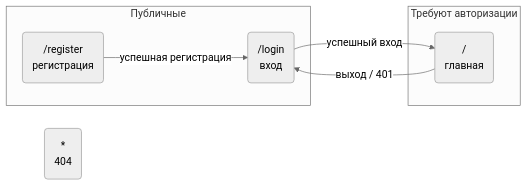
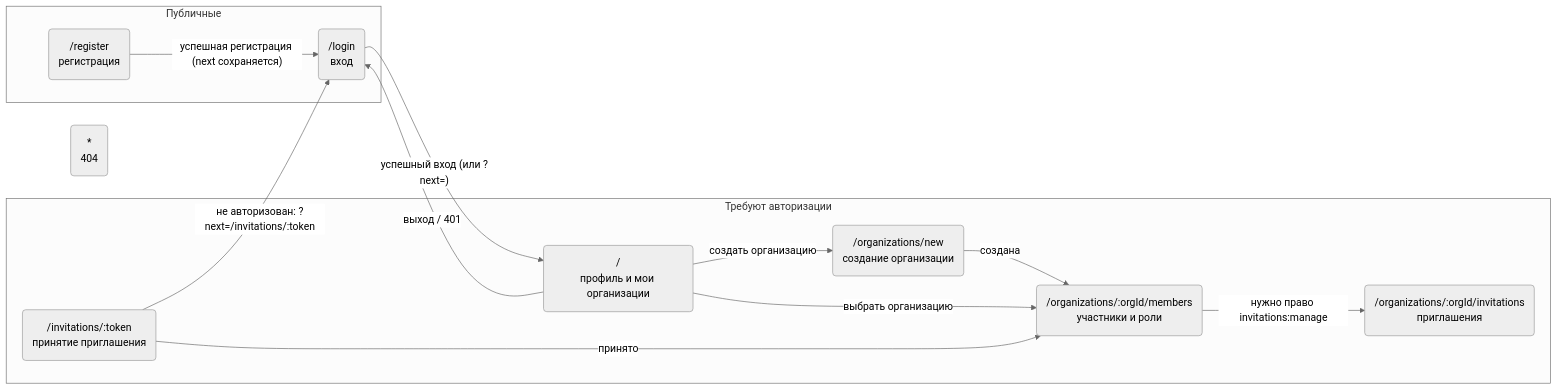
Before and after one commit to Daniil-Solo/Saas-Template: the diagram in frontend/docs/architecture/routes.md, drawn with Mermaid (neutral theme). The commit also changed other lines of this file and 133 other files, not shown here.

Commit message:
Add organizations: roles, permissions, members, invitations (backend + frontend) (#2)

````diff
--- a/frontend/docs/architecture/routes.md
+++ b/frontend/docs/architecture/routes.md
@@ -7,17 +7,27 @@
 ```mermaid
 flowchart LR
     subgraph Public["Публичные"]
         login("/login<br>вход")
         register("/register<br>регистрация")
     end
 
     subgraph Private["Требуют авторизации"]
-        home("/<br>главная")
+        home("/<br>профиль и мои организации")
+        orgNew("/organizations/new<br>создание организации")
+        members("/organizations/:orgId/members<br>участники и роли")
+        invitations("/organizations/:orgId/invitations<br>приглашения")
+        invitation("/invitations/:token<br>принятие приглашения")
     end
 
     notFound("*<br>404")
 
-    login -->|"успешный вход"| home
-    register -->|"успешная регистрация"| login
+    login -->|"успешный вход (или ?next=)"| home
+    register -->|"успешная регистрация (next сохраняется)"| login
     home -->|"выход / 401"| login
+    home -->|"создать организацию"| orgNew
+    orgNew -->|"создана"| members
+    home -->|"выбрать организацию"| members
+    members -->|"нужно право invitations:manage"| invitations
+    invitation -->|"принято"| members
+    invitation -->|"не авторизован: ?next=/invitations/:token"| login
 ```
````
